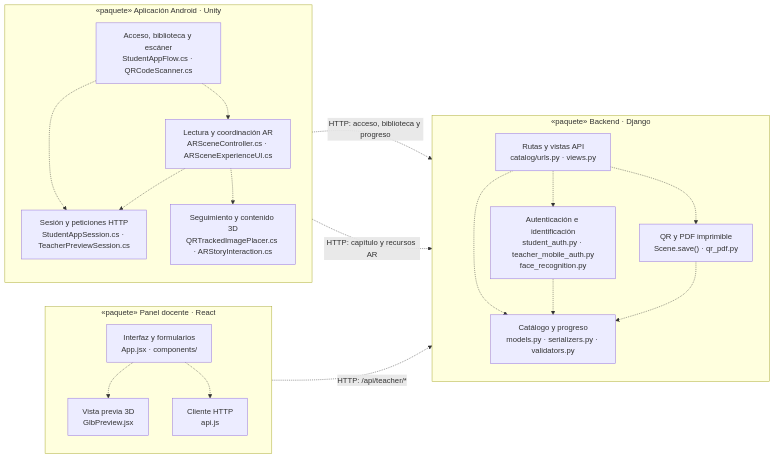
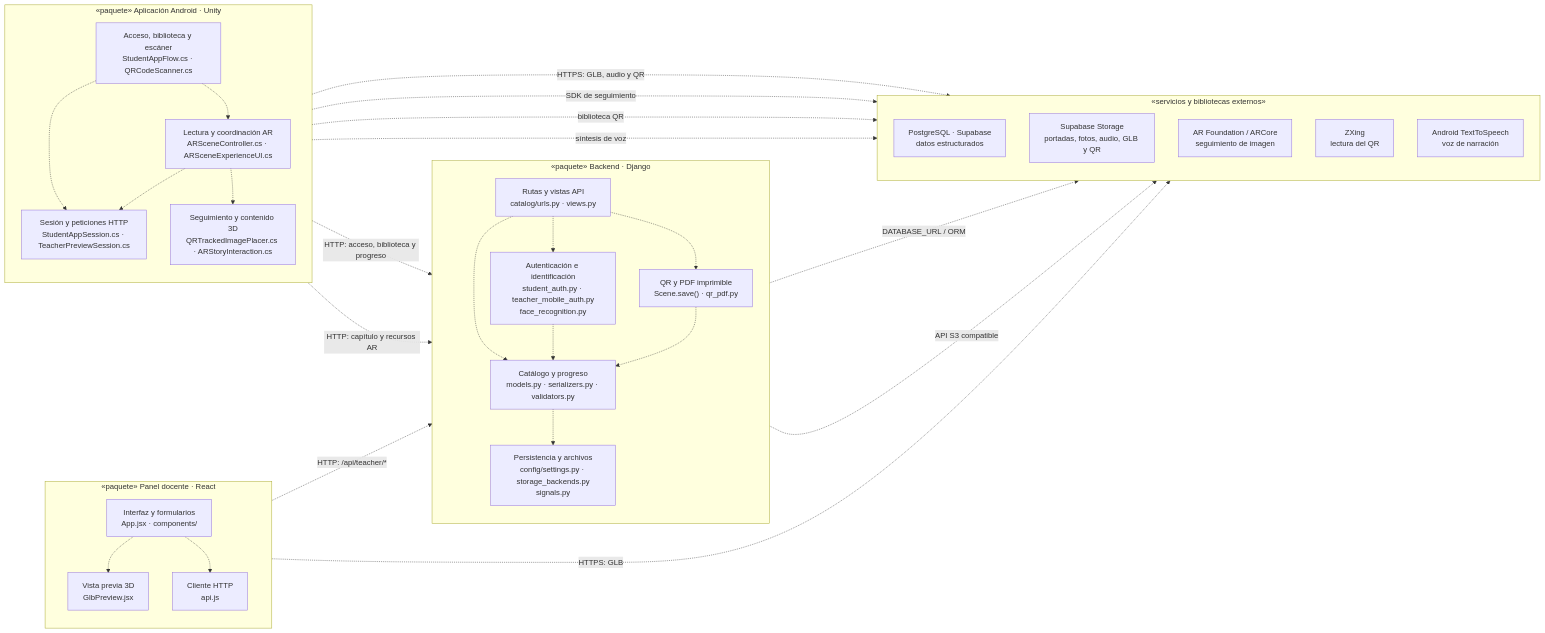
The diagram in docs/diagrama-paquetes.md (AlejandroPhoccoTapia/BibliotecaAR-backend), drawn with Mermaid before and after one commit. The commit also changed other lines of this file, not shown here.

Commit message:
Show external services in package diagram

````diff
--- a/docs/diagrama-paquetes.md
+++ b/docs/diagrama-paquetes.md
@@ -5,40 +5,58 @@
 ```mermaid
 flowchart LR
     subgraph WEB["«paquete» Panel docente · React"]
         direction TB
         W_UI["Interfaz y formularios<br/>App.jsx · components/"]
         W_PREVIEW["Vista previa 3D<br/>GlbPreview.jsx"]
         W_API["Cliente HTTP<br/>api.js"]
         W_UI -.-> W_PREVIEW
         W_UI -.-> W_API
     end
 
     subgraph SERVER["«paquete» Backend · Django"]
         direction TB
         B_API["Rutas y vistas API<br/>catalog/urls.py · views.py"]
         B_AUTH["Autenticación e identificación<br/>student_auth.py · teacher_mobile_auth.py<br/>face_recognition.py"]
         B_CATALOG["Catálogo y progreso<br/>models.py · serializers.py · validators.py"]
         B_QR["QR y PDF imprimible<br/>Scene.save() · qr_pdf.py"]
+        B_STORAGE["Persistencia y archivos<br/>config/settings.py · storage_backends.py<br/>signals.py"]
         B_API -.-> B_AUTH
         B_API -.-> B_CATALOG
         B_API -.-> B_QR
         B_AUTH -.-> B_CATALOG
         B_QR -.-> B_CATALOG
+        B_CATALOG -.-> B_STORAGE
     end
 
     subgraph MOBILE["«paquete» Aplicación Android · Unity"]
         direction TB
         M_ACCESS["Acceso, biblioteca y escáner<br/>StudentAppFlow.cs · QRCodeScanner.cs"]
         M_SESSION["Sesión y peticiones HTTP<br/>StudentAppSession.cs · TeacherPreviewSession.cs"]
         M_AR["Lectura y coordinación AR<br/>ARSceneController.cs · ARSceneExperienceUI.cs"]
         M_TRACK["Seguimiento y contenido 3D<br/>QRTrackedImagePlacer.cs · ARStoryInteraction.cs"]
         M_ACCESS -.-> M_SESSION
         M_ACCESS -.-> M_AR
         M_AR -.-> M_SESSION
         M_AR -.-> M_TRACK
     end
 
+    subgraph EXTERNAL["«servicios y bibliotecas externos»"]
+        direction TB
+        E_DB["PostgreSQL · Supabase<br/>datos estructurados"]
+        E_FILES["Supabase Storage<br/>portadas, fotos, audio, GLB y QR"]
+        E_AR["AR Foundation / ARCore<br/>seguimiento de imagen"]
+        E_ZXING["ZXing<br/>lectura del QR"]
+        E_TTS["Android TextToSpeech<br/>voz de narración"]
+    end
+
     W_API -. "HTTP: /api/teacher/*" .-> B_API
     M_SESSION -. "HTTP: acceso, biblioteca y progreso" .-> B_API
     M_AR -. "HTTP: capítulo y recursos AR" .-> B_API
+    B_STORAGE -. "DATABASE_URL / ORM" .-> E_DB
+    B_STORAGE -. "API S3 compatible" .-> E_FILES
+    W_PREVIEW -. "HTTPS: GLB" .-> E_FILES
+    M_AR -. "HTTPS: GLB, audio y QR" .-> E_FILES
+    M_TRACK -. "SDK de seguimiento" .-> E_AR
+    M_ACCESS -. "biblioteca QR" .-> E_ZXING
+    M_AR -. "síntesis de voz" .-> E_TTS
 ```
````
